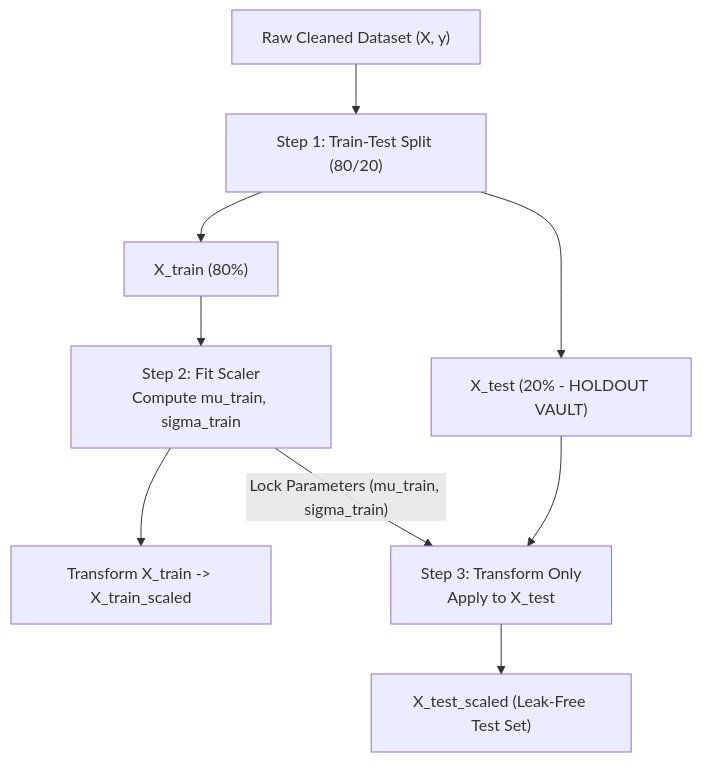
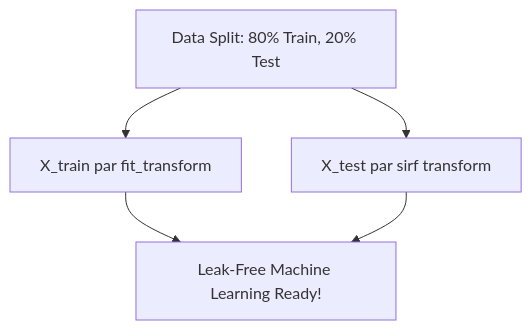
Before and after one commit to S1h2i3v4a/AI_ML: the diagram in lecture_27/Notes_27.07/README_HINGLISH.md, drawn with Mermaid. The commit also changed other lines of this file and 147 other files, not shown here.

Commit message:
docs(lectures 25-27): align notes with video lectures, add blackboard diagrams, clean structured functions, and compile vector PDFs

````diff
--- a/lecture_27/Notes_27.07/README_HINGLISH.md
+++ b/lecture_27/Notes_27.07/README_HINGLISH.md
@@ -34,13 +30,7 @@
 ```mermaid
 flowchart TD
-    A["Raw Cleaned Dataset (X, y)"] --> B["Step 1: Train-Test Split (80/20)"]
-    B --> C["X_train (80%)"]
-    B --> D["X_test (20% - HOLDOUT VAULT)"]
-    
-    C --> E["Step 2: Fit Scaler<br/>Compute mu_train, sigma_train"]
-    E --> F["Transform X_train -> X_train_scaled"]
-    
-    E -->|"Lock Parameters (mu_train, sigma_train)"| G["Step 3: Transform Only<br/>Apply to X_test"]
-    D --> G
-    G --> H["X_test_scaled (Leak-Free Test Set)"]
+    A["Data Split: 80% Train, 20% Test"] --> B["X_train par fit_transform"]
+    A --> C["X_test par sirf transform"]
+    B --> D["Leak-Free Machine Learning Ready!"]
+    C --> D
 ```
````
